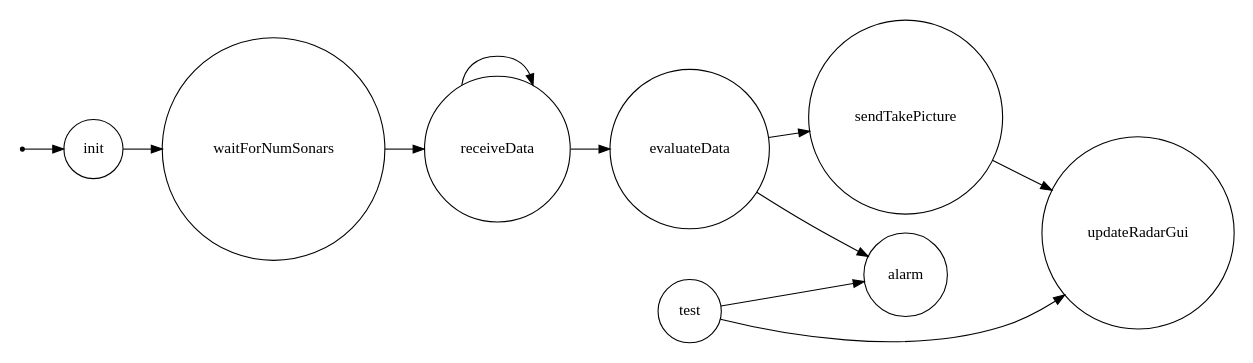
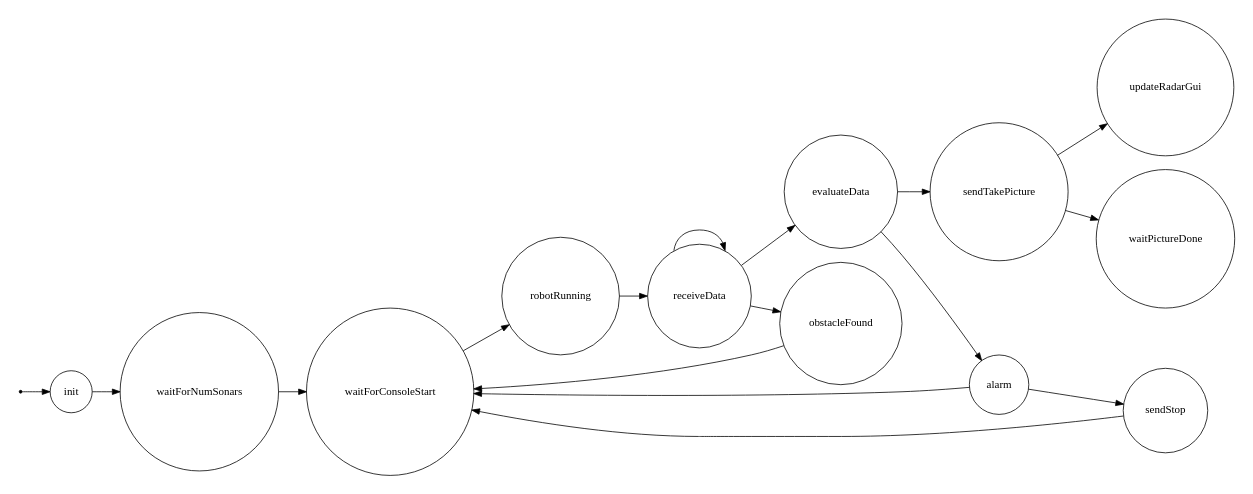
Before and after one commit to piercosta/mengoli: the diagram in srcMore/it/unibo/logic_controller/dotFsm.gv, drawn with Graphviz. The commit also changed 95 other files, not shown here.

```diff
--- a/srcMore/it/unibo/logic_controller/dotFsm.gv
+++ b/srcMore/it/unibo/logic_controller/dotFsm.gv
@@ -1,33 +1,43 @@
 /*
 *
 * A GraphViz DOT FSM description 
 * Please use a GraphViz visualizer (like http://www.webgraphviz.com)
 * 
 * Generated by AM,NC,RM
 *  
 */
  
 digraph finite_state_machine {
   	rankdir=LR;
   	size="8,5"
   	node [shape = point]; iniziale;
   	node [shape = doublecircle]; 
   	node [shape = circle];
   	iniziale -> init [label = ""];
   	
   	
   	init -> waitForNumSonars [ label = ""];
   	
-  	waitForNumSonars -> receiveData [ label = ""];
+  	waitForNumSonars -> waitForConsoleStart [ label = ""];
   	
+  	waitForConsoleStart -> robotRunning [ label = ""];
+  	
+  	robotRunning -> receiveData [ label = ""];
+  	
+  	receiveData -> obstacleFound [ label = ""];
   	receiveData -> evaluateData [ label = ""];
   	receiveData -> receiveData [ label = ""];
   	
   	evaluateData -> sendTakePicture [ label = ""];
   	evaluateData -> alarm [ label = ""];
   	
-  	test -> updateRadarGui [ label = ""];
-  	test -> alarm [ label = ""];
+  	alarm -> sendStop [ label = ""];
+  	alarm -> waitForConsoleStart [ label = ""];
+  	
+  	obstacleFound -> waitForConsoleStart [ label = ""];
+  	
+  	sendStop -> waitForConsoleStart [ label = ""];
   	
   	sendTakePicture -> updateRadarGui [ label = ""];
+  	sendTakePicture -> waitPictureDone [ label = ""];
 }
```
